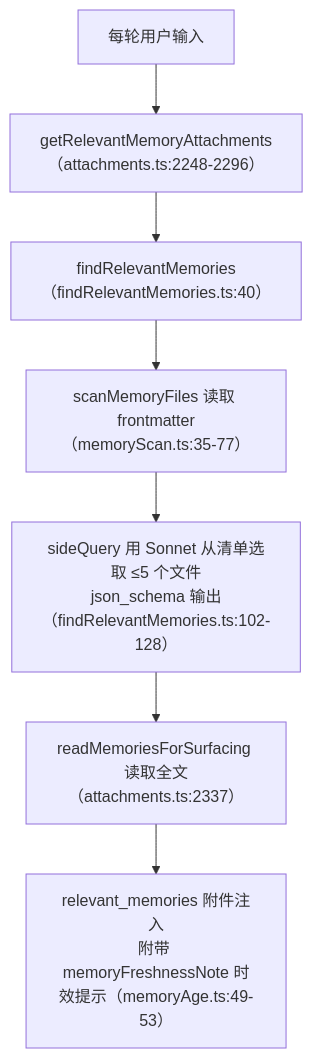
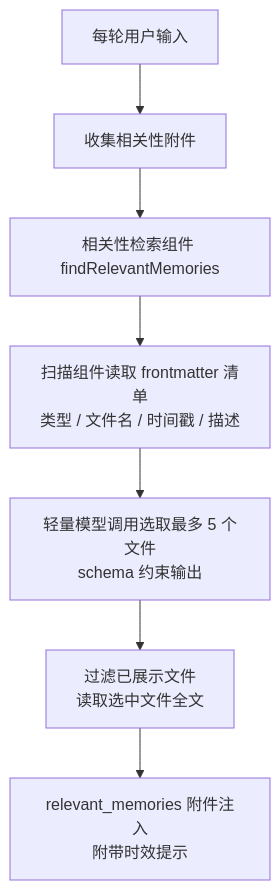
One commit to c926694/obsidian_note changed the fourth of 4 diagrams in agent/learn-cc/memory.md. Above: the diagram before and after it, drawn with Mermaid. The commit also changed other lines of this file and 6 other files, not shown here.

````diff
--- a/agent/learn-cc/memory.md
+++ b/agent/learn-cc/memory.md
@@ -252,9 +323,9 @@
 ```mermaid
 flowchart TD
-  Q["每轮用户输入"] --> R["getRelevantMemoryAttachments（attachments.ts:2248-2296）"]
-  R --> S["findRelevantMemories（findRelevantMemories.ts:40）"]
-  S --> T["scanMemoryFiles 读取 frontmatter（memoryScan.ts:35-77）"]
-  T --> U["sideQuery 用 Sonnet 从清单选取 ≤5 个文件<br/>json_schema 输出（findRelevantMemories.ts:102-128）"]
-  U --> V["readMemoriesForSurfacing 读取全文（attachments.ts:2337）"]
-  V --> W["relevant_memories 附件注入<br/>附带 memoryFreshnessNote 时效提示（memoryAge.ts:49-53）"]
+  Q["每轮用户输入"] --> R["收集相关性附件"]
+  R --> S["相关性检索组件 findRelevantMemories"]
+  S --> T["扫描组件读取 frontmatter 清单<br/>类型 / 文件名 / 时间戳 / 描述"]
+  T --> U["轻量模型调用选取最多 5 个文件<br/>schema 约束输出"]
+  U --> V["过滤已展示文件<br/>读取选中文件全文"]
+  V --> W["relevant_memories 附件注入<br/>附带时效提示"]
 ```
````
